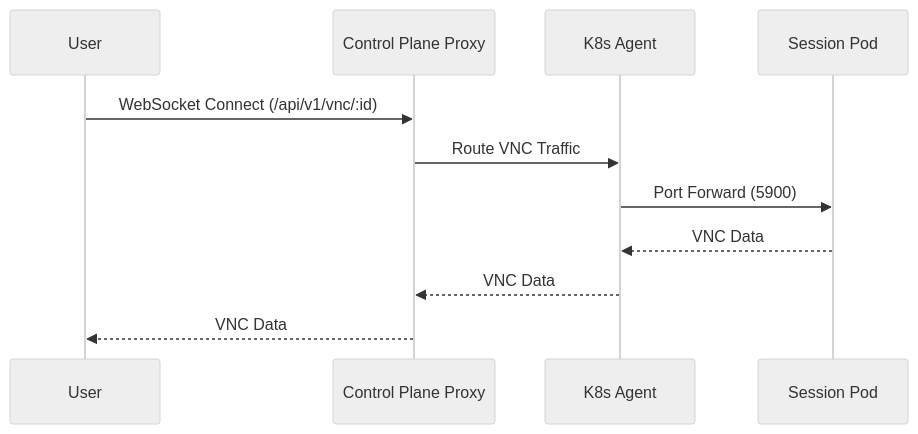
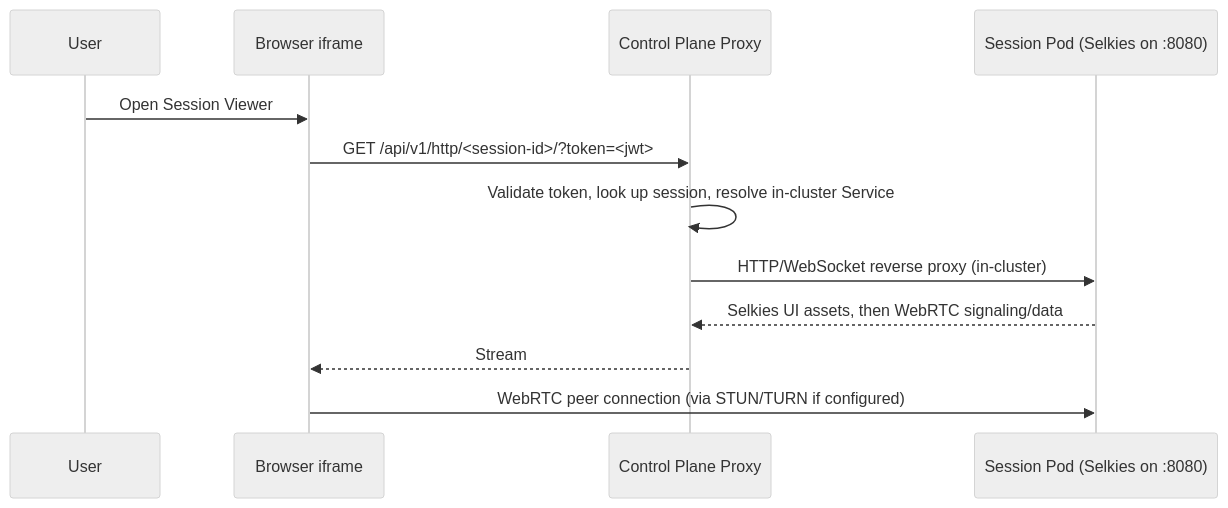
The eighth of 8 diagrams in docs/ARCHITECTURE.md (streamspace-dev/streamspace), drawn with Mermaid (neutral theme) before and after one commit. The commit also changed other lines of this file and 6 other files, not shown here.

````diff
--- a/docs/ARCHITECTURE.md
+++ b/docs/ARCHITECTURE.md
@@ -458,14 +458,15 @@
 ```mermaid
 sequenceDiagram
     participant User
+    participant Browser as Browser iframe
     participant API as Control Plane Proxy
-    participant Agent as K8s Agent
-    participant Pod as Session Pod
+    participant Pod as Session Pod (Selkies on :8080)
 
-    User->>API: WebSocket Connect (/api/v1/vnc/:id)
-    API->>Agent: Route VNC Traffic
-    Agent->>Pod: Port Forward (5900)
-    Pod-->>Agent: VNC Data
-    Agent-->>API: VNC Data
-    API-->>User: VNC Data
+    User->>Browser: Open Session Viewer
+    Browser->>API: GET /api/v1/http/<session-id>/?token=<jwt>
+    API->>API: Validate token, look up session, resolve in-cluster Service
+    API->>Pod: HTTP/WebSocket reverse proxy (in-cluster)
+    Pod-->>API: Selkies UI assets, then WebRTC signaling/data
+    API-->>Browser: Stream
+    Browser->>Pod: WebRTC peer connection (via STUN/TURN if configured)
 ```
````
